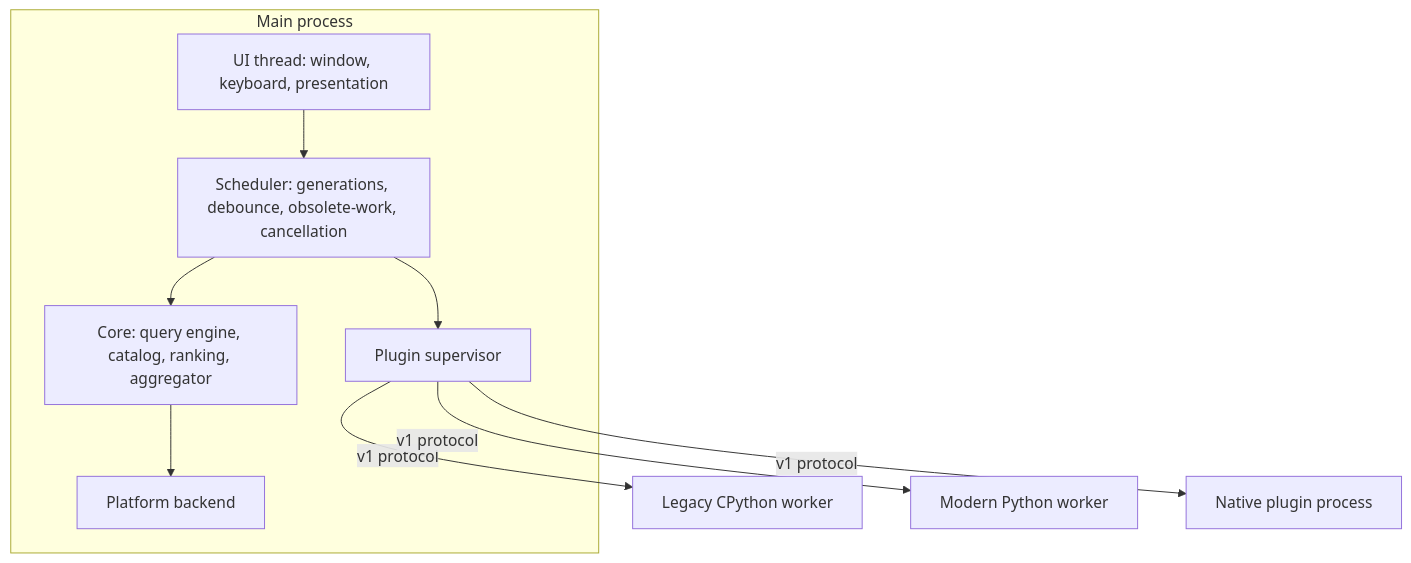
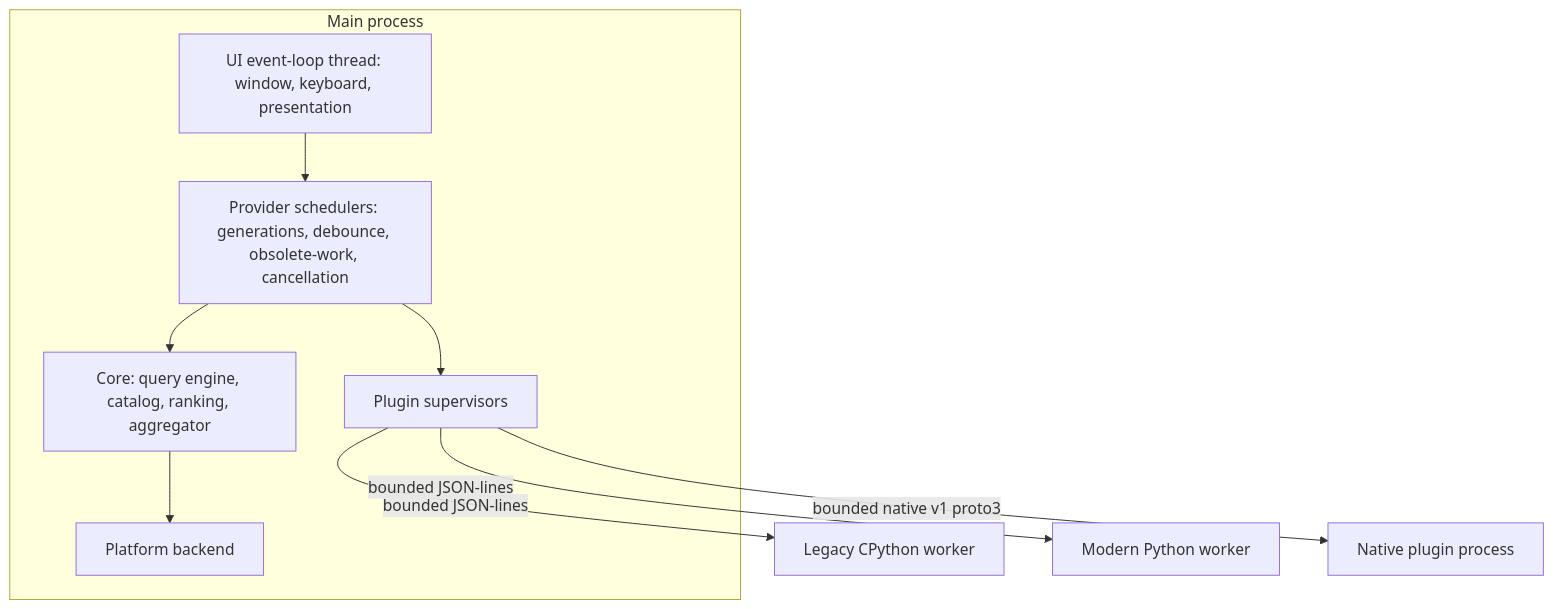
One commit to yichenchong/CriKey changed the first of 2 diagrams in docs/architecture.md. Above: the diagram before and after it, drawn with Mermaid. The commit also changed other lines of this file and 143 other files, not shown here.

````diff
--- a/docs/architecture.md
+++ b/docs/architecture.md
@@ -9,20 +9,20 @@
 ```mermaid
 graph TB
   subgraph main[Main process]
-    UI[UI thread: window, keyboard, presentation]
-    SCHED[Scheduler: generations, debounce, obsolete-work, cancellation]
+    UI[UI event-loop thread: window, keyboard, presentation]
+    SCHED[Provider schedulers: generations, debounce, obsolete-work, cancellation]
     CORE[Core: query engine, catalog, ranking, aggregator]
-    SUP[Plugin supervisor]
+    SUP[Plugin supervisors]
     PLAT[Platform backend]
   end
   LW[Legacy CPython worker]
   MW[Modern Python worker]
   NW[Native plugin process]
   UI --> SCHED
   SCHED --> CORE
   SCHED --> SUP
-  SUP -->|v1 protocol| LW
-  SUP -->|v1 protocol| MW
-  SUP -->|v1 protocol| NW
+  SUP -->|bounded JSON-lines| LW
+  SUP -->|bounded JSON-lines| MW
+  SUP -->|bounded native v1 proto3| NW
   CORE --> PLAT
 ```
````
